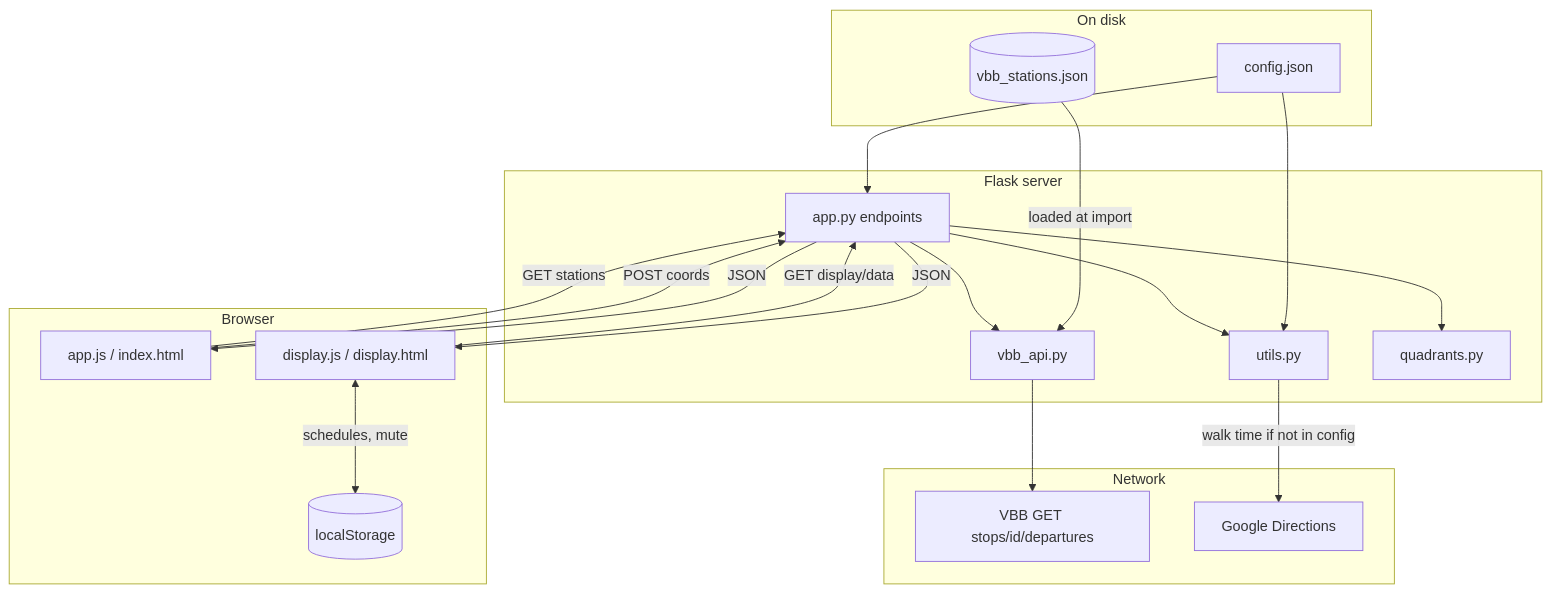
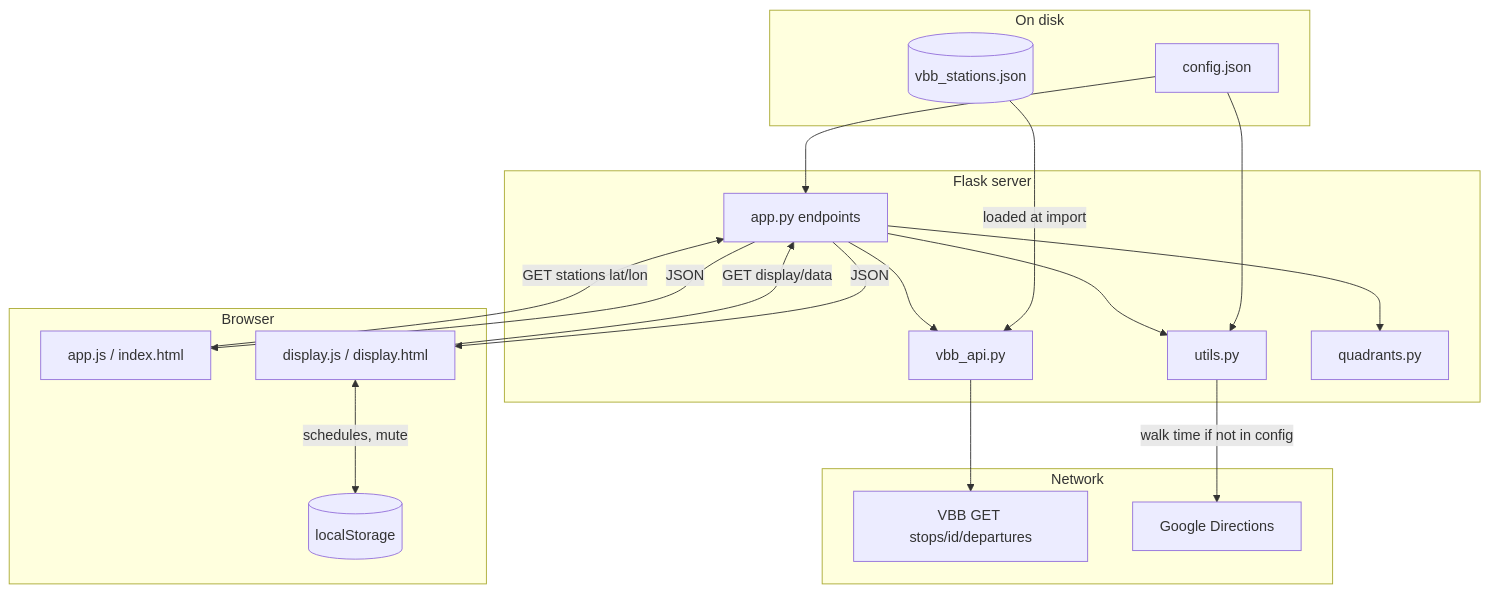
Before and after one commit to momonala/trainspotter: the second of 4 diagrams in README.md, drawn with Mermaid. The commit also changed other lines of this file and 3 other files, not shown here.

First line of the commit message:
refactor(api)!: make /api/stations stateless

````diff
--- a/README.md
+++ b/README.md
@@ -68,40 +68,39 @@
 ```mermaid
 flowchart TB
   subgraph disk [On disk]
     Config[config.json]
     Snapshot[(vbb_stations.json)]
   end
 
   subgraph server [Flask server]
     Api[app.py endpoints]
     VbbMod[vbb_api.py]
     Utils[utils.py]
     Quadrants[quadrants.py]
   end
 
   subgraph external [Network]
     VBBdep[VBB GET stops/id/departures]
     GMaps[Google Directions]
   end
 
   subgraph client [Browser]
     Dashboard[app.js / index.html]
     Display[display.js / display.html]
     LocalStore[(localStorage)]
   end
 
   Config --> Api
   Config --> Utils
   Snapshot -->|loaded at import| VbbMod
-  Dashboard -->|POST coords| Api
-  Dashboard -->|GET stations| Api
+  Dashboard -->|GET stations lat/lon| Api
   Display -->|GET display/data| Api
   Display <-->|schedules, mute| LocalStore
   Api --> VbbMod
   Api --> Utils
   Api --> Quadrants
   VbbMod --> VBBdep
   Utils -->|walk time if not in config| GMaps
   Api -->|JSON| Dashboard
   Api -->|JSON| Display
 ```
````
